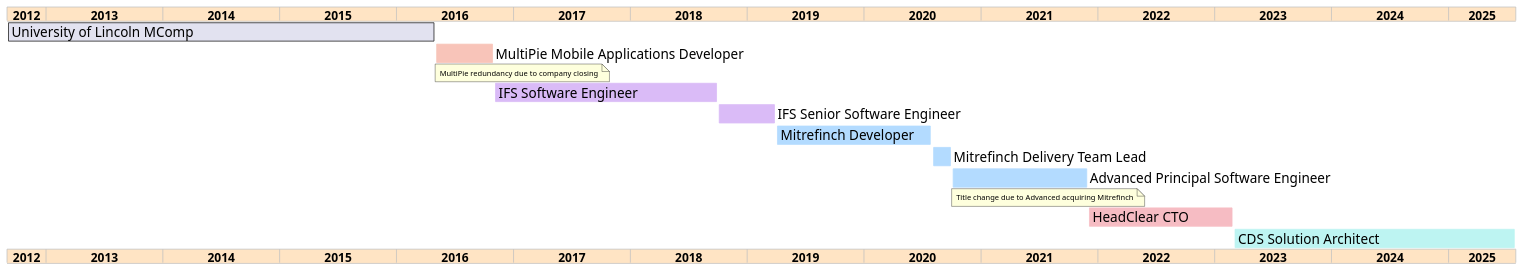
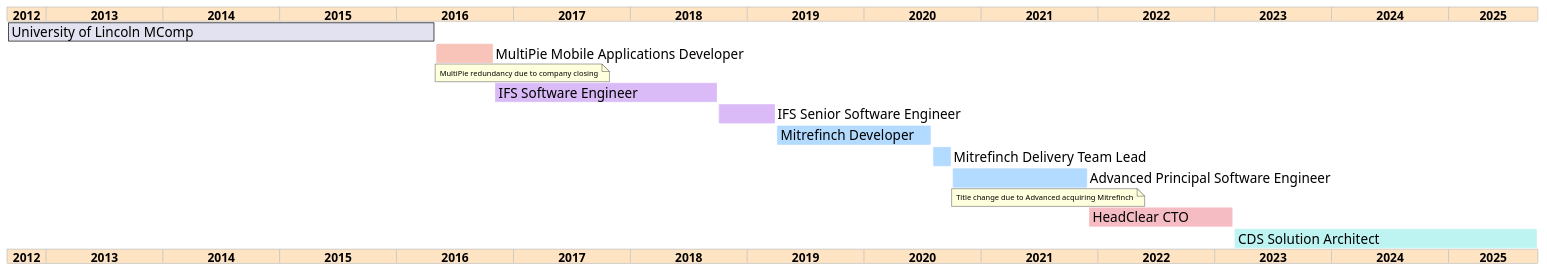
The diagram in me_gantt.puml (jamie-lord/Lord.technology), drawn with PlantUML before and after one commit.

```diff
--- a/me_gantt.puml
+++ b/me_gantt.puml
@@ -1,53 +1,53 @@
 @startgantt
 ganttscale yearly
 Project starts 2012-09-01
 
 <style>
 ganttDiagram {
     FontName Arial
     FontSize 18
     note {
         FontSize 10
     }
     timeline {
         BackgroundColor Bisque
         FontName Arial
         FontSize 16
         FontStyle bold
         FontColor black
     }
 }
 </style>
 
 [University of Lincoln MComp] starts 2012-09-01 and ends 2016-04-31
 
 [MultiPie Mobile Applications Developer] starts 2016-05-01 and ends 2016-10-31
 [MultiPie Mobile Applications Developer] is colored in #f8c4b9
 note bottom
 MultiPie redundancy due to company closing
 end note
 
 [IFS Software Engineer] starts 2016-11-01 and ends 2018-09-31
 [IFS Software Engineer] is colored in #dabbf7
 
 [IFS Senior Software Engineer] starts 2018-10-01 and ends 2019-03-31
 [IFS Senior Software Engineer] is colored in #dabbf7
 
 [Mitrefinch Developer] starts 2019-04-01 and ends 2020-07-30
 [Mitrefinch Developer] is colored in #b3dbff
 
 [Mitrefinch Delivery Team Lead] starts 2020-08-01 and ends 2020-09-31
 [Mitrefinch Delivery Team Lead] is colored in #b3dbff
 
 [Advanced Principal Software Engineer] starts 2020-10-01 and ends 2021-11-31
 [Advanced Principal Software Engineer] is colored in #b3dbff
 note bottom
 Title change due to Advanced acquiring Mitrefinch
 end note
 
 [HeadClear CTO] starts 2021-12-01 and ends 2023-02-28
 [HeadClear CTO] is colored in #f6bcc3
 
-[CDS Solution Architect] starts 2023-03-01 and ends 2025-07-29
+[CDS Solution Architect] starts 2023-03-01 and ends 2025-10-06
 [CDS Solution Architect] is colored in #bdf4f2
 @endgantt
```
